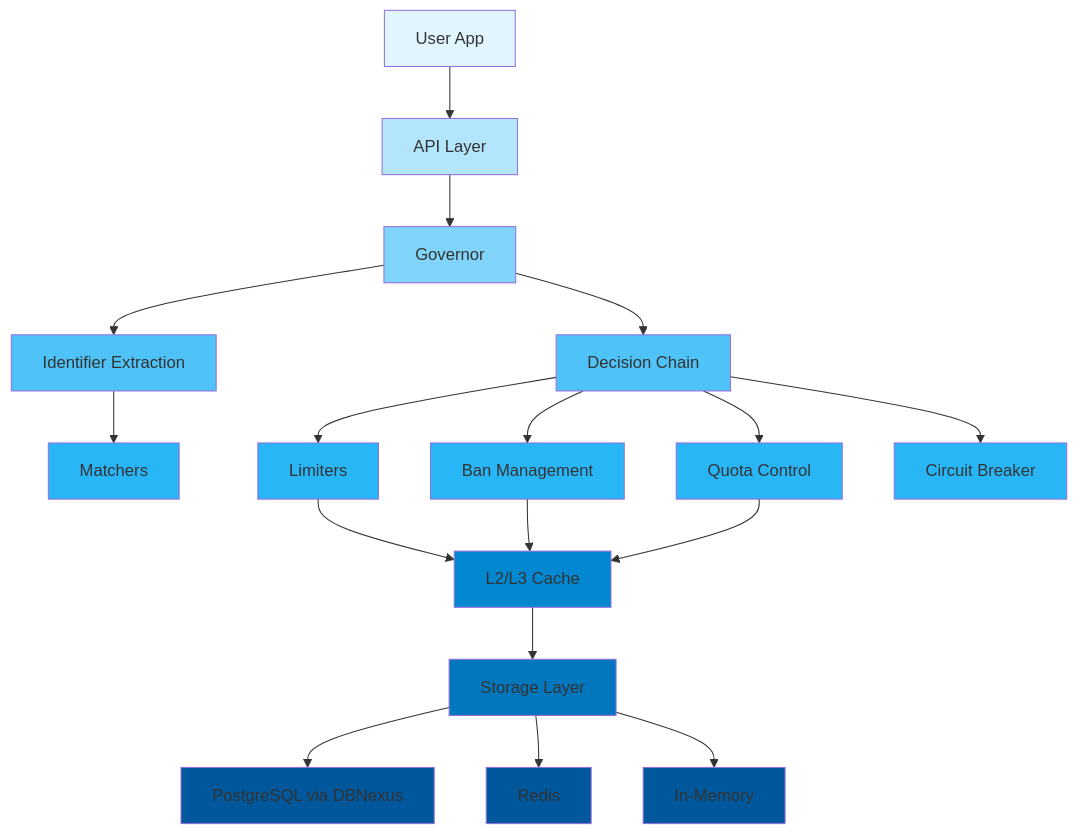
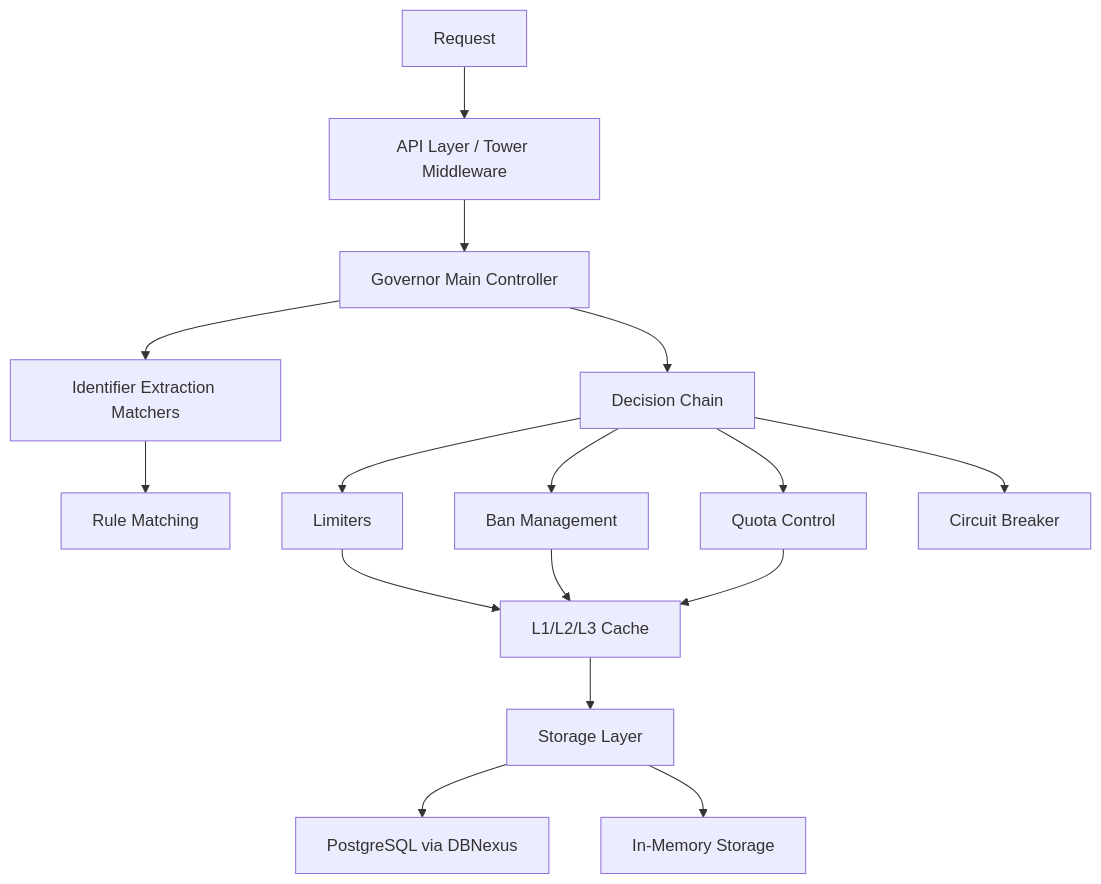
Before and after one commit to Kirky-X/limiteron: the second of 3 diagrams in README_EN.md, drawn with Mermaid. The commit also changed other lines of this file and 14 other files, not shown here.

````diff
--- a/README_EN.md
+++ b/README_EN.md
@@ -534,35 +360,18 @@
 ```mermaid
 graph TB
-    A[User App] --> B[API Layer]
-    B --> C[Governor]
-    C --> D[Identifier Extraction]
+    A[Request] --> B[API Layer / Tower Middleware]
+    B --> C[Governor Main Controller]
+    C --> D[Identifier Extraction Matchers]
     C --> E[Decision Chain]
-    D --> F[Matchers]
+    D --> F[Rule Matching]
     E --> G[Limiters]
     E --> H[Ban Management]
     E --> I[Quota Control]
     E --> J[Circuit Breaker]
-    G --> K[L2/L3 Cache]
+    G --> K[L1/L2/L3 Cache]
     H --> K
     I --> K
     K --> L[Storage Layer]
     L --> M[PostgreSQL via DBNexus]
-    L --> N[Redis]
-    L --> O[In-Memory]
-
-    style A fill:#e1f5ff
-    style B fill:#b3e5fc
-    style C fill:#81d4fa
-    style D fill:#4fc3f7
-    style E fill:#4fc3f7
-    style F fill:#29b6f6
-    style G fill:#29b6f6
-    style H fill:#29b6f6
-    style I fill:#29b6f6
-    style J fill:#29b6f6
-    style K fill:#0288d1
-    style L fill:#0277bd
-    style M fill:#01579b
-    style N fill:#01579b
-    style O fill:#01579b
+    L --> N[In-Memory Storage]
 ```
````
